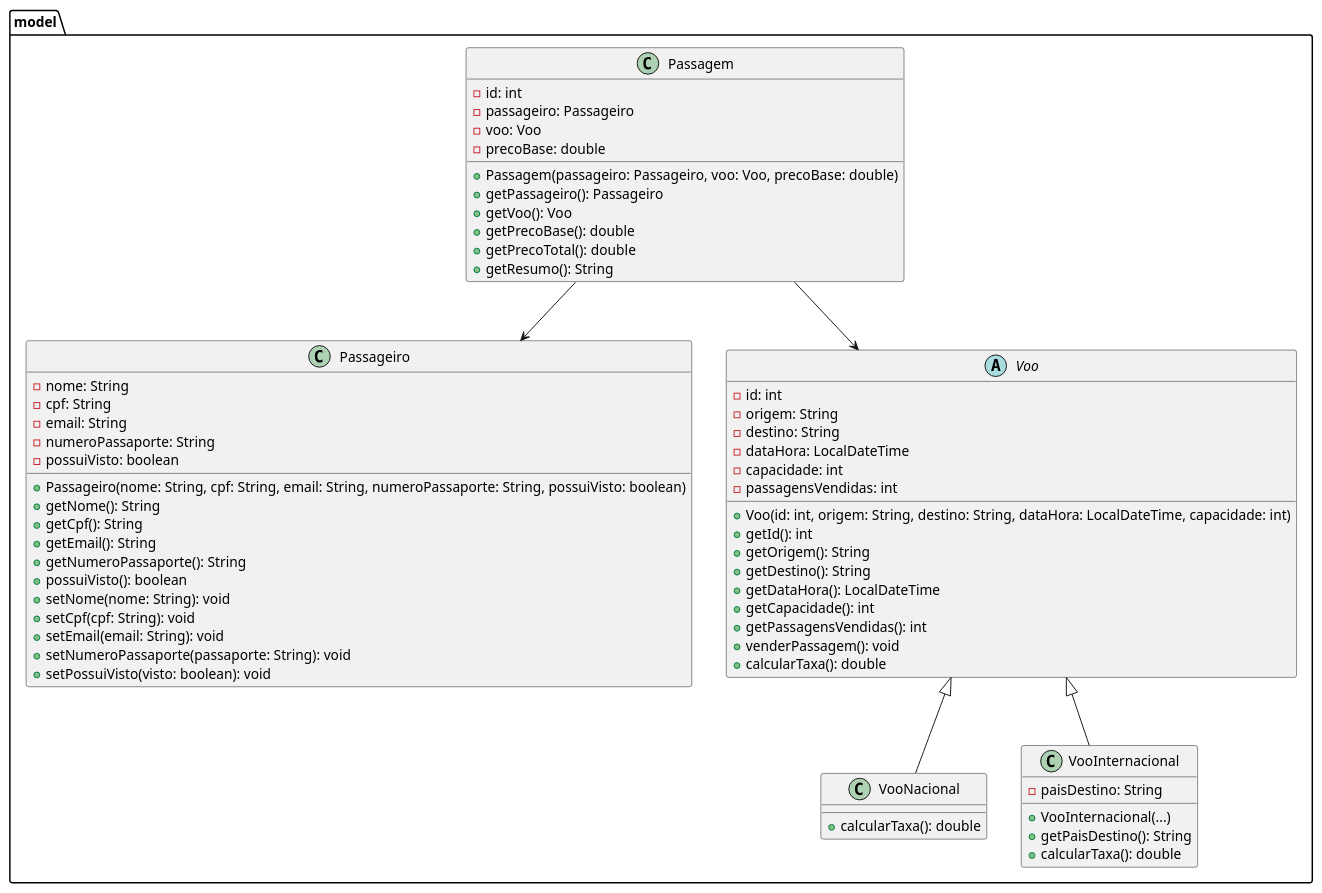
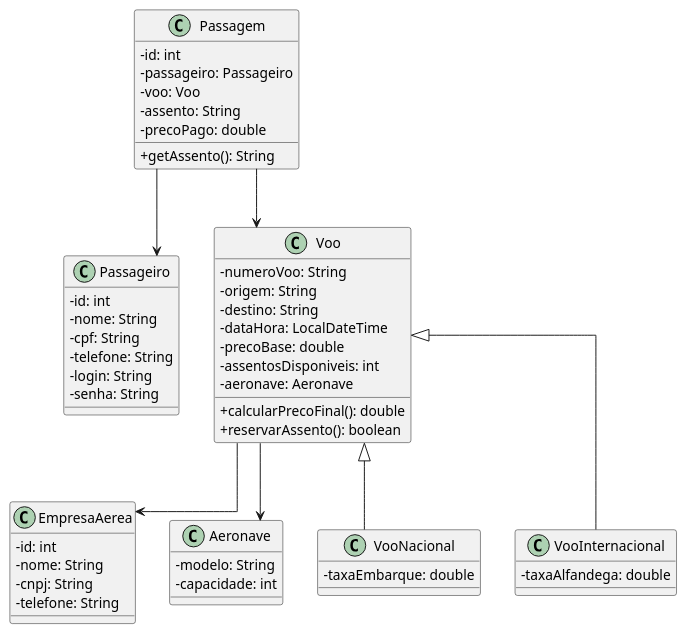
The diagram in src/main/java/com/img/flyUML.puml (Gonzag4/Fly_3VA.IP2), drawn with PlantUML before and after one commit. The commit also changed 25 other files, not shown here.

```diff
--- a/src/main/java/com/img/flyUML.puml
+++ b/src/main/java/com/img/flyUML.puml
@@ -1,72 +1,63 @@
 @startuml
+skinparam classAttributeIconSize 0
+skinparam linetype ortho
 
-package model {
-  class Passageiro {
-    - nome: String
-    - cpf: String
-    - email: String
-    - numeroPassaporte: String
-    - possuiVisto: boolean
-    + Passageiro(nome: String, cpf: String, email: String, numeroPassaporte: String, possuiVisto: boolean)
-    + getNome(): String
-    + getCpf(): String
-    + getEmail(): String
-    + getNumeroPassaporte(): String
-    + possuiVisto(): boolean
-    + setNome(nome: String): void
-    + setCpf(cpf: String): void
-    + setEmail(email: String): void
-    + setNumeroPassaporte(passaporte: String): void
-    + setPossuiVisto(visto: boolean): void
-  }
-
-  abstract class Voo {
-    - id: int
-    - origem: String
-    - destino: String
-    - dataHora: LocalDateTime
-    - capacidade: int
-    - passagensVendidas: int
-    + Voo(id: int, origem: String, destino: String, dataHora: LocalDateTime, capacidade: int)
-    + getId(): int
-    + getOrigem(): String
-    + getDestino(): String
-    + getDataHora(): LocalDateTime
-    + getCapacidade(): int
-    + getPassagensVendidas(): int
-    + venderPassagem(): void
-    + calcularTaxa(): double
-  }
-
-  class VooNacional {
-    + calcularTaxa(): double
-  }
-
-  class VooInternacional {
-    - paisDestino: String
-    + VooInternacional(...)
-    + getPaisDestino(): String
-    + calcularTaxa(): double
-  }
-
-  Voo <|-- VooNacional
-  Voo <|-- VooInternacional
-
-  class Passagem {
-    - id: int
-    - passageiro: Passageiro
-    - voo: Voo
-    - precoBase: double
-    + Passagem(passageiro: Passageiro, voo: Voo, precoBase: double)
-    + getPassageiro(): Passageiro
-    + getVoo(): Voo
-    + getPrecoBase(): double
-    + getPrecoTotal(): double
-    + getResumo(): String
-  }
+class Passageiro {
+  - id: int
+  - nome: String
+  - cpf: String
+  - telefone: String
+  - login: String
+  - senha: String
 }
 
+class EmpresaAerea {
+  - id: int
+  - nome: String
+  - cnpj: String
+  - telefone: String
+}
+
+class Aeronave {
+  - modelo: String
+  - capacidade: int
+}
+
+class Voo {
+  - numeroVoo: String
+  - origem: String
+  - destino: String
+  - dataHora: LocalDateTime
+  - precoBase: double
+  - assentosDisponiveis: int
+  - aeronave: Aeronave
+  + calcularPrecoFinal(): double
+  + reservarAssento(): boolean
+}
+
+class VooNacional {
+  - taxaEmbarque: double
+}
+
+class VooInternacional {
+  - taxaAlfandega: double
+}
+
+class Passagem {
+  - id: int
+  - passageiro: Passageiro
+  - voo: Voo
+  - assento: String
+  - precoPago: double
+  + getAssento(): String
+}
+
+' Relações
 Passagem --> Passageiro
 Passagem --> Voo
+Voo --> EmpresaAerea
+Voo --> Aeronave
+Voo <|-- VooNacional
+Voo <|-- VooInternacional
 
 @enduml
```
